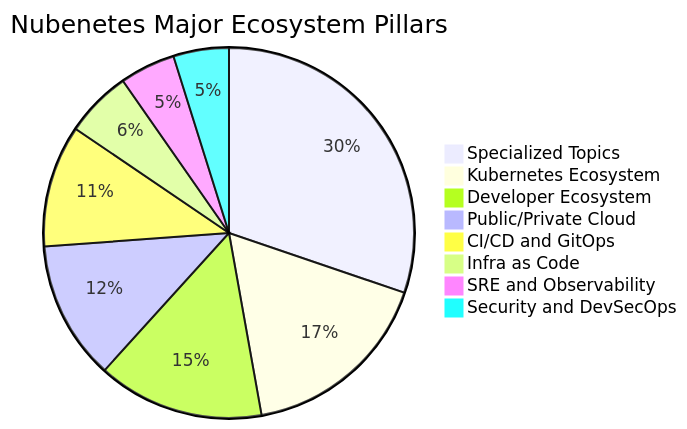
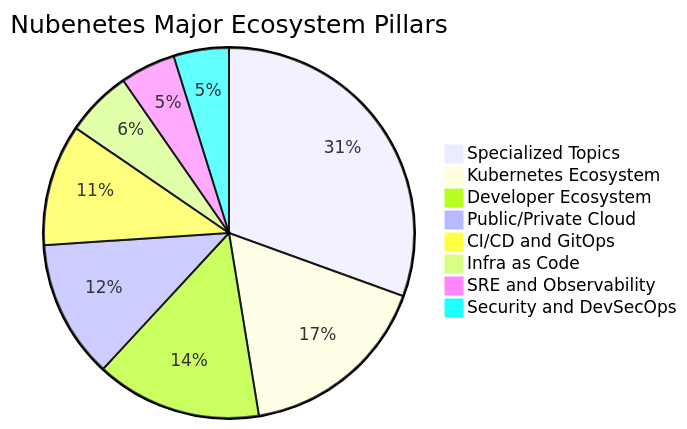
Before and after one commit to nubenetes/awesome-kubernetes: the second of 14 diagrams in README.md, drawn with Mermaid. The commit also changed other lines of this file, not shown here.

````diff
--- a/README.md
+++ b/README.md
@@ -308,11 +308,11 @@
 ```mermaid
 pie title Nubenetes Major Ecosystem Pillars
-    "Specialized Topics" : 6237
+    "Specialized Topics" : 6328
     "Kubernetes Ecosystem" : 3500
     "Developer Ecosystem" : 3000
     "Public/Private Cloud" : 2500
     "CI/CD and GitOps" : 2200
     "Infra as Code" : 1200
     "SRE and Observability" : 1000
     "Security and DevSecOps" : 1000
 ```
````
